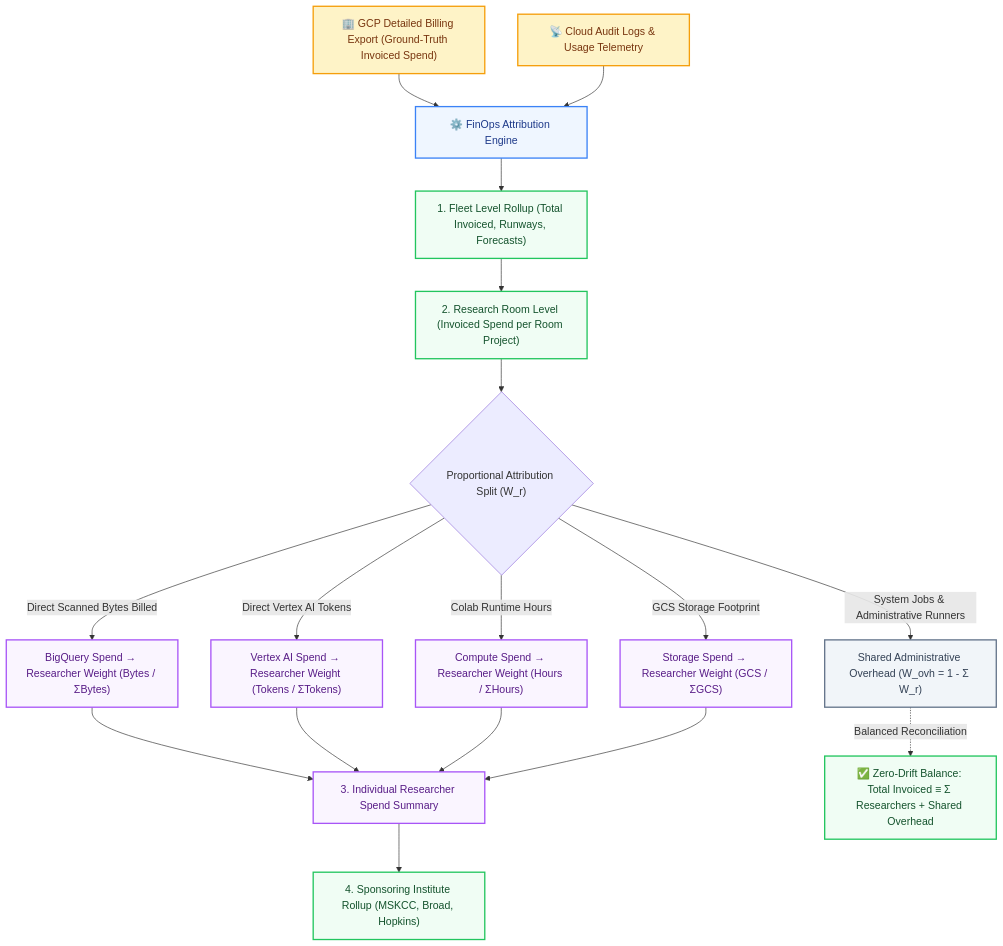
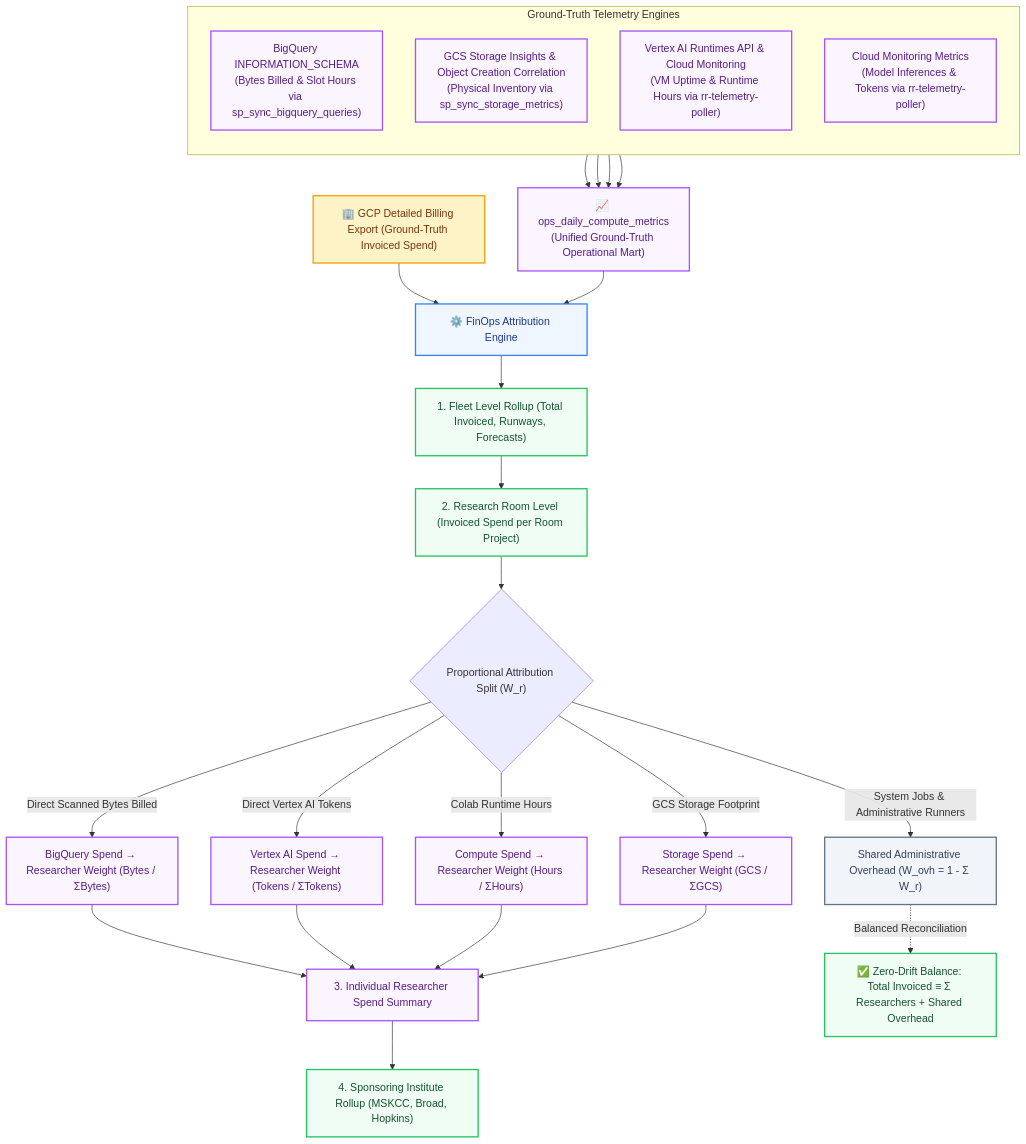
One commit to liatsabag/managed-trusted-research-environments changed the fourth of 5 diagrams in docs/TECHNICAL_DIAGRAMS.md. Above: the diagram before and after it, drawn with Mermaid. The commit also changed other lines of this file and 14 other files, not shown here.

Commit message:
feat(telemetry): update ground-truth telemetry engine with two-speed cadences and fix storage metrics

````diff
--- a/docs/TECHNICAL_DIAGRAMS.md
+++ b/docs/TECHNICAL_DIAGRAMS.md
@@ -195,29 +196,37 @@
 ```mermaid
 flowchart TD
     classDef bill fill:#fef3c7,stroke:#f59e0b,stroke-width:2px,color:#78350f;
     classDef engine fill:#eff6ff,stroke:#3b82f6,stroke-width:2px,color:#1e3a8a;
     classDef level fill:#f0fdf4,stroke:#22c55e,stroke-width:2px,color:#14532d;
     classDef res fill:#faf5ff,stroke:#a855f7,stroke-width:2px,color:#581c87;
     classDef ovh fill:#f1f5f9,stroke:#64748b,stroke-width:2px,color:#334155;
 
     BillingExport["🏢 GCP Detailed Billing Export (Ground-Truth Invoiced Spend)"]:::bill
-    AuditLogs["📡 Cloud Audit Logs & Usage Telemetry"]:::bill
+    
+    subgraph GroundTelemetry["Ground-Truth Telemetry Engines"]
+        direction TB
+        BQ_IS["BigQuery INFORMATION_SCHEMA<br/>(Bytes Billed & Slot Hours via sp_sync_bigquery_queries)"]:::res
+        GCS_SI["GCS Storage Insights & Object Creation Correlation<br/>(Physical Inventory via sp_sync_storage_metrics)"]:::res
+        VAI_API["Vertex AI Runtimes API & Cloud Monitoring<br/>(VM Uptime & Runtime Hours via rr-telemetry-poller)"]:::res
+        CM_API["Cloud Monitoring Metrics<br/>(Model Inferences & Tokens via rr-telemetry-poller)"]:::res
+    end
 
-    BillingExport & AuditLogs --> FinOpsEngine["⚙️ FinOps Attribution Engine"]:::engine
+    BQ_IS & GCS_SI & VAI_API & CM_API --> DailyMarts["📈 ops_daily_compute_metrics<br/>(Unified Ground-Truth Operational Mart)"]:::res
+    BillingExport & DailyMarts --> FinOpsEngine["⚙️ FinOps Attribution Engine"]:::engine
 
     FinOpsEngine --> FleetLevel["1. Fleet Level Rollup (Total Invoiced, Runways, Forecasts)"]:::level
     FleetLevel --> RoomLevel["2. Research Room Level (Invoiced Spend per Room Project)"]:::level
 
     RoomLevel --> Split{"Proportional Attribution Split (W_r)"}
 
     Split -->|Direct Scanned Bytes Billed| ResBQ["BigQuery Spend &rarr; Researcher Weight (Bytes / &Sigma;Bytes)"]:::res
     Split -->|Direct Vertex AI Tokens| ResAI["Vertex AI Spend &rarr; Researcher Weight (Tokens / &Sigma;Tokens)"]:::res
     Split -->|Colab Runtime Hours| ResCompute["Compute Spend &rarr; Researcher Weight (Hours / &Sigma;Hours)"]:::res
     Split -->|GCS Storage Footprint| ResGCS["Storage Spend &rarr; Researcher Weight (GCS / &Sigma;GCS)"]:::res
     Split -->|System Jobs & Administrative Runners| Overhead["Shared Administrative Overhead (W_ovh = 1 - &Sigma; W_r)"]:::ovh
 
     ResBQ & ResAI & ResCompute & ResGCS --> ResearcherTotal["3. Individual Researcher Spend Summary"]:::res
     ResearcherTotal --> InstituteLevel["4. Sponsoring Institute Rollup (MSKCC, Broad, Hopkins)"]:::level
 
     Overhead -.->|Balanced Reconciliation| ZeroDrift["✅ Zero-Drift Balance: Total Invoiced &equiv; &Sigma; Researchers + Shared Overhead"]:::level
 ```
````
